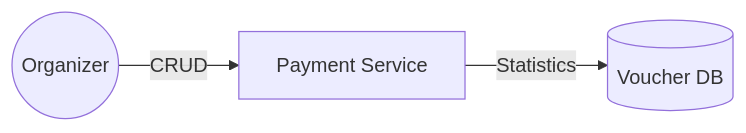
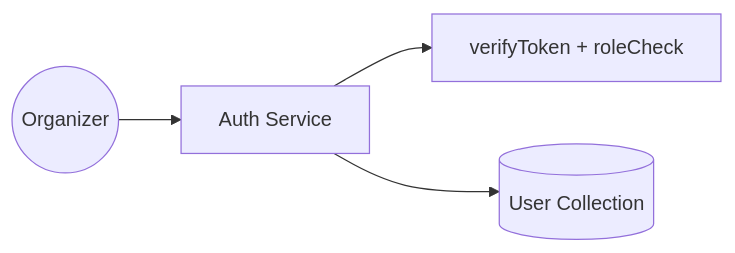
Diagram 27 of 42 in doc/UML/Nam_BookingOrg.md (SDN-Group5/Event-Ticketing-Platform), drawn with Mermaid before and after one commit. The commit also changed other lines of this file and 2 other files, not shown here.

````diff
--- a/doc/UML/Nam_BookingOrg.md
+++ b/doc/UML/Nam_BookingOrg.md
@@ -241,5 +775,6 @@
 ```mermaid
 graph LR
-    O((Organizer)) -- CRUD --> P[Payment Service]
-    P -- Statistics --> DB[(Voucher DB)]
+    O((Organizer)) --> AS[Auth Service]
+    AS --> MW[verifyToken + roleCheck]
+    AS --> DB[(User Collection)]
 ```
````
